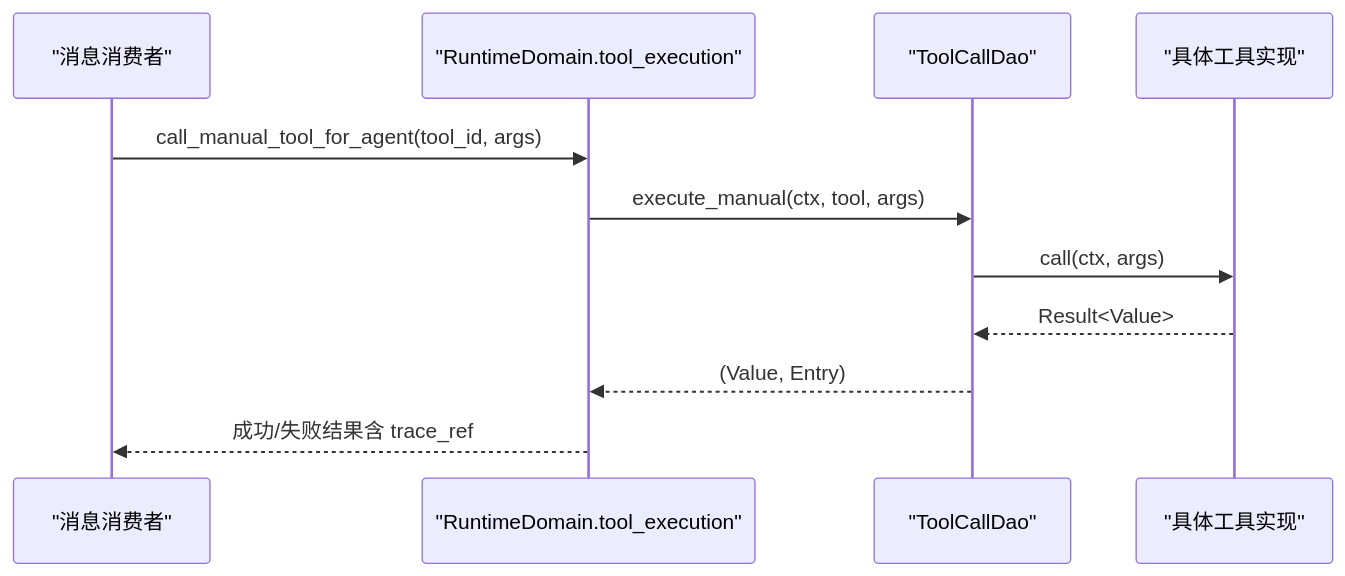
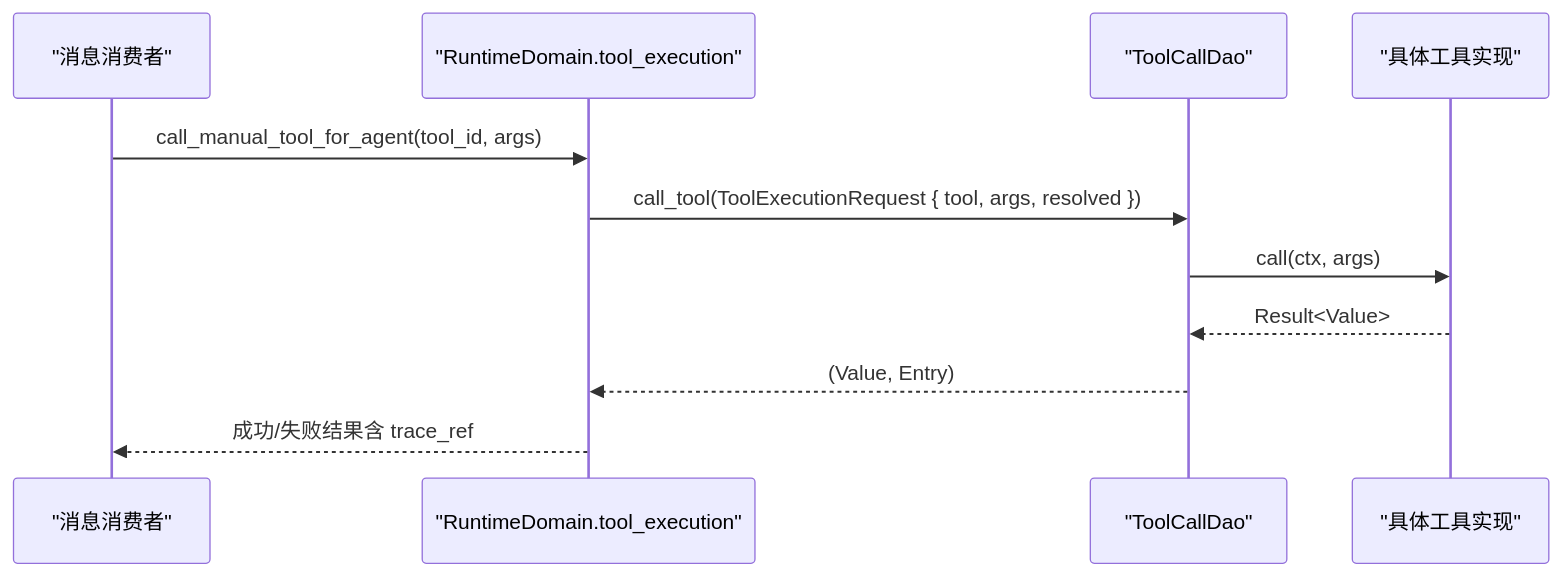
The fifth of 6 diagrams in docs/wiki/zh/content/项目概述/核心功能特性/统一工具调用架构/统一工具调用架构.md (runningcoders/ai_orz), drawn with Mermaid before and after one commit. The commit also changed other lines of this file and 5 other files, not shown here.

````diff
--- a/docs/wiki/zh/content/项目概述/核心功能特性/统一工具调用架构/统一工具调用架构.md
+++ b/docs/wiki/zh/content/项目概述/核心功能特性/统一工具调用架构/统一工具调用架构.md
@@ -257,13 +293,13 @@
 ```mermaid
 sequenceDiagram
 participant Consumer as "消息消费者"
 participant RT as "RuntimeDomain.tool_execution"
 participant TC as "ToolCallDao"
 participant Impl as "具体工具实现"
 Consumer->>RT : call_manual_tool_for_agent(tool_id, args)
-RT->>TC : execute_manual(ctx, tool, args)
+RT->>TC : call_tool(ToolExecutionRequest { tool, args, resolved })
 TC->>Impl : call(ctx, args)
 Impl-->>TC : Result<Value>
 TC-->>RT : (Value, Entry)
 RT-->>Consumer : 成功/失败结果含 trace_ref
 ```
````
